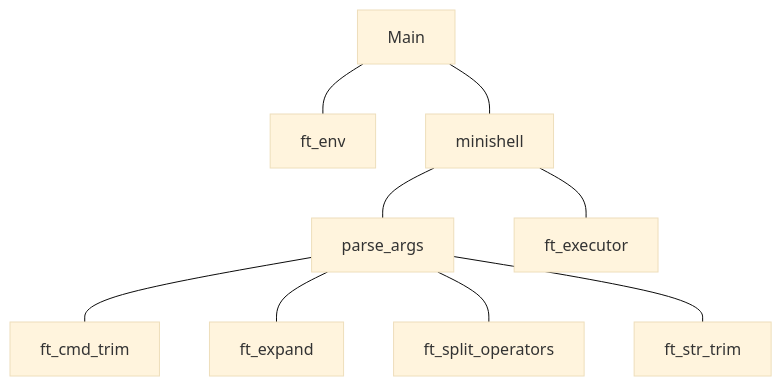
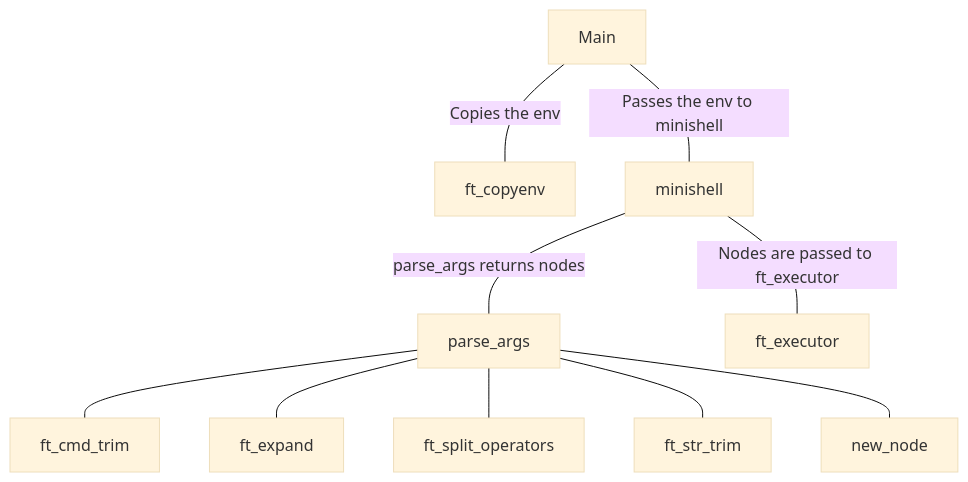
One commit to DeRuina/minishell changed the diagram in README.md. Above: the diagram before and after it, drawn with Mermaid (base theme).

````diff
--- a/README.md
+++ b/README.md
@@ -6,11 +6,12 @@
 ```mermaid
 flowchart TD
-    A --- B[ft_env]
-    A[Main] --- C[minishell]
-    C --- D[parse_args]
+    A --- |Copies the env| B[ft_copyenv]
+    A[Main] --- |Passes the env to minishell| C[minishell]
+    C --- |parse_args returns nodes| D[parse_args]
     D --- E[ft_cmd_trim]
     D --- F[ft_expand]
     D --- G[ft_split_operators]
     D --- H[ft_str_trim]
-    C --- I[ft_executor]
+    D --- I[new_node]
+    C --- |Nodes are passed to ft_executor| J[ft_executor]
 ```
````
